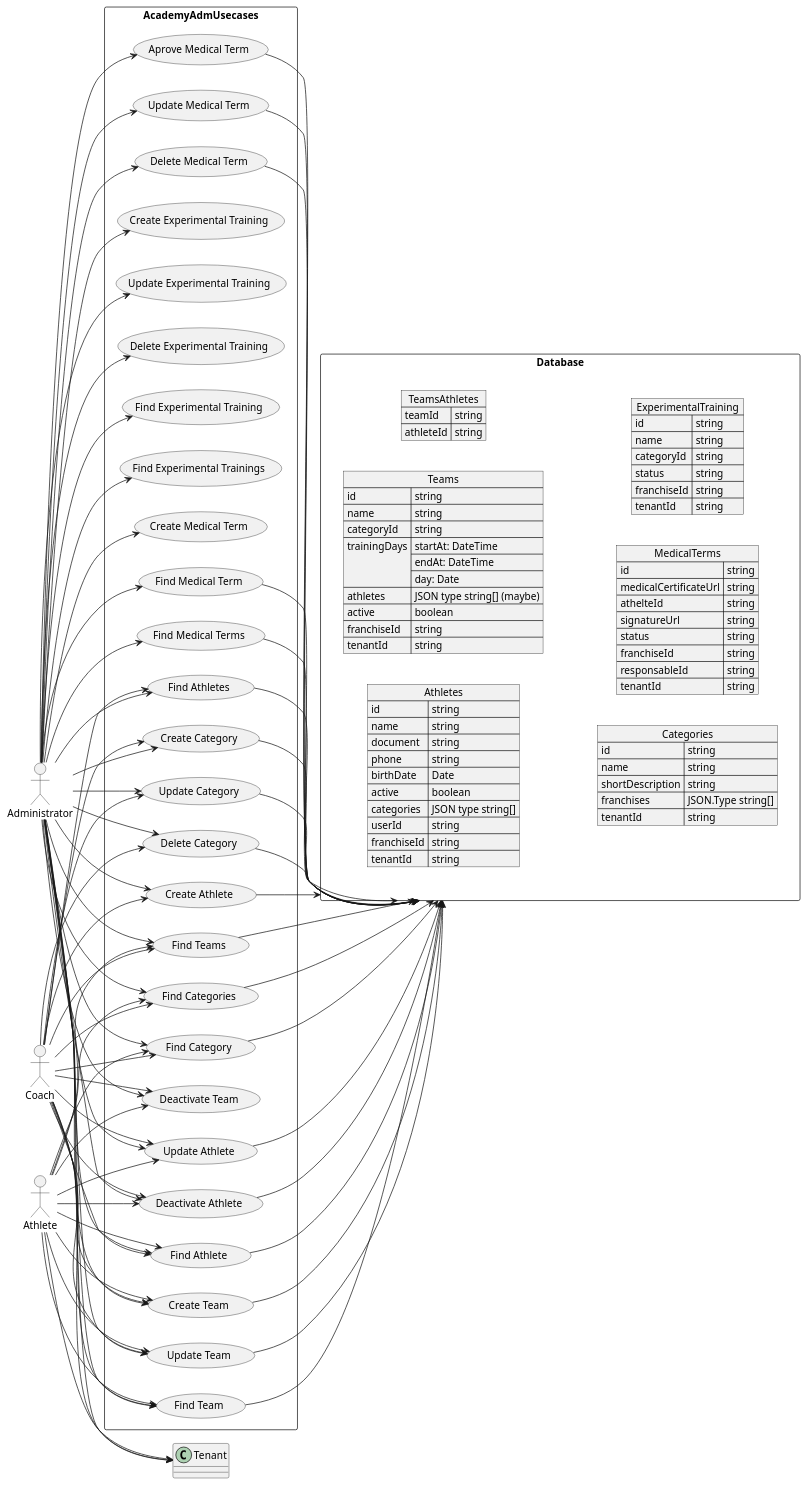
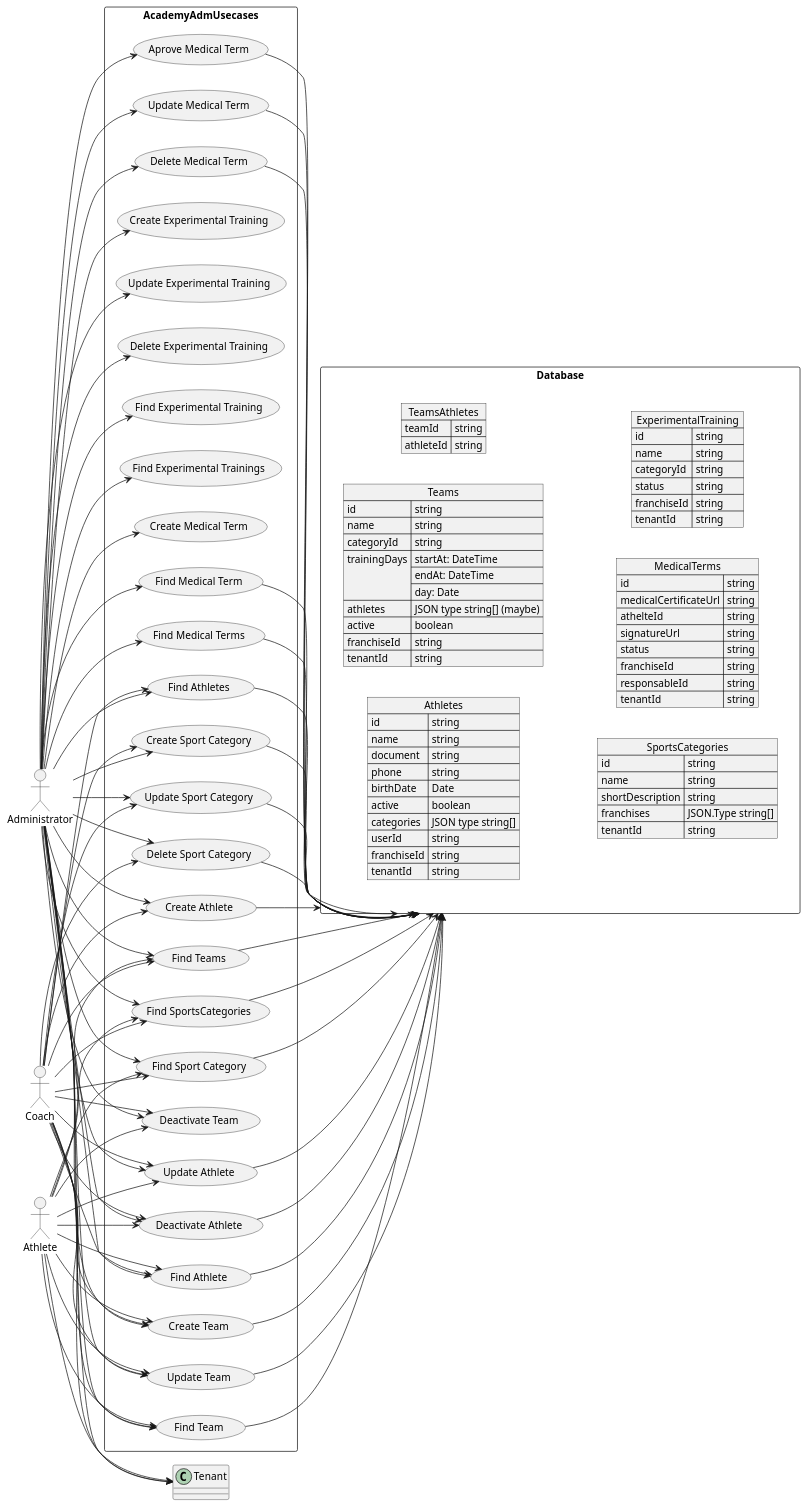
The diagram in uml/academy-adm.usecase.wsd (gustavorodrigues19/ddd-api), drawn with PlantUML before and after one commit. The commit also changed 28 other files, not shown here.

```diff
--- a/uml/academy-adm.usecase.wsd
+++ b/uml/academy-adm.usecase.wsd
@@ -1,178 +1,178 @@
 @startuml
 allowmixing
 
 left to right direction
 actor "Administrator" as admin
 actor "Coach" as coach
 actor "Athlete" as athlete
 
 rectangle AcademyAdmUsecases {
   usecase "Create Athlete" as CA
   usecase "Update Athlete" as UA
   usecase "Find Athlete" as FA
   usecase "Find Athletes" as FAS
   usecase "Deactivate Athlete" as DA
 
   usecase "Create Team" as CT
   usecase "Update Team" as UT
   usecase "Find Team" as FT
   usecase "Find Teams" as FTS
   usecase "Deactivate Team" as DT
   
-  usecase "Create Category" as CC
-  usecase "Update Category" as UC
-  usecase "Delete Category" as DC
-  usecase "Find Category" as FC
-  usecase "Find Categories" as FCS
+  usecase "Create Sport Category" as CC
+  usecase "Update Sport Category" as UC
+  usecase "Delete Sport Category" as DC
+  usecase "Find Sport Category" as FC
+  usecase "Find SportsCategories" as FCS
 
   usecase "Create Experimental Training" as CET
   usecase "Update Experimental Training" as UET
   usecase "Delete Experimental Training" as DET
   usecase "Find Experimental Training" as FET
   usecase "Find Experimental Trainings" as FETS
 
   usecase "Create Medical Term" as CMR
   usecase "Update Medical Term" as UMT
   usecase "Delete Medical Term" as DMT
   usecase "Find Medical Term" as FMT
   usecase "Find Medical Terms" as FMTS
   usecase "Aprove Medical Term" as AMT
 }
 
 rectangle Database {
   json Athletes {
     "id":"string",
     "name":"string",
     "document":"string",
     "phone": "string",
     "birthDate": "Date",
     "active": "boolean",
     "categories": "JSON type string[]",
     "userId": "string",
     "franchiseId": "string",
     "tenantId": "string"
   }
 
   json Teams {
     "id":"string",
     "name":"string",
     "categoryId": "string",
     "trainingDays": ["startAt: DateTime", "endAt: DateTime", "day: Date"],
     "athletes": "JSON type string[] (maybe)",
     "active": "boolean",
     "franchiseId": "string",
     "tenantId": "string"
   }
 
   json TeamsAthletes{
     "teamId": "string",
     "athleteId": "string"
   }
 
-  json Categories{
+  json SportsCategories{
     "id": "string",
     "name": "string",
     "shortDescription": "string",
     "franchises": "JSON.Type string[]",
     "tenantId": "string"
   }
 
   json MedicalTerms{
     "id": "string",
     "medicalCertificateUrl": "string",
     "athelteId": "string",
     "signatureUrl": "string",
     "status": "string",
     "franchiseId": "string",
     "responsableId": "string",
     "tenantId": "string"
   }
 
    json ExperimentalTraining{
     "id": "string",
     "name": "string",
     "categoryId": "string",
     "status": "string",
     "franchiseId": "string",
     "tenantId": "string"
   }
 }
 
 admin --> Tenant
 admin --> CA
 admin --> UA
 admin --> FA
 admin --> FAS
 admin --> DA
 admin --> CT
 admin --> UT
 admin --> FT
 admin --> FTS
 admin --> DT
 admin --> CC
 admin --> UC
 admin --> DC
 admin --> FC
 admin --> FCS
 admin --> CMR
 admin --> UMT
 admin --> DMT
 admin --> FMT
 admin --> FMTS
 admin --> AMT
 admin --> CET
 admin --> UET
 admin --> DET
 admin --> FET
 admin --> FETS
 
 coach --> Tenant
 coach --> CA
 coach --> UA
 coach --> FA
 coach --> FAS
 coach --> DA
 coach --> CT
 coach --> UT
 coach --> FT
 coach --> FTS
 coach --> DT
 coach --> CC
 coach --> UC
 coach --> DC
 coach --> FC
 coach --> FCS
 
 athlete --> Tenant
 athlete --> UA
 athlete --> FA
 athlete --> DA
 athlete --> CT
 athlete --> UT
 athlete --> FT
 athlete --> FTS
 athlete --> DT
 athlete --> FC
 athlete --> FCS
 
 CA --> Database
 UA --> Database
 FA --> Database
 FAS --> Database
 DA --> Database
 CT --> Database
 UT --> Database
 FT --> Database
 FTS --> Database
 CC --> Database
 UC --> Database
 DC --> Database
 FC --> Database
 FCS --> Database
 UMT --> Database
 DMT --> Database
 FMT --> Database
 FMTS --> Database
 AMT --> Database
 
 @enduml
```
